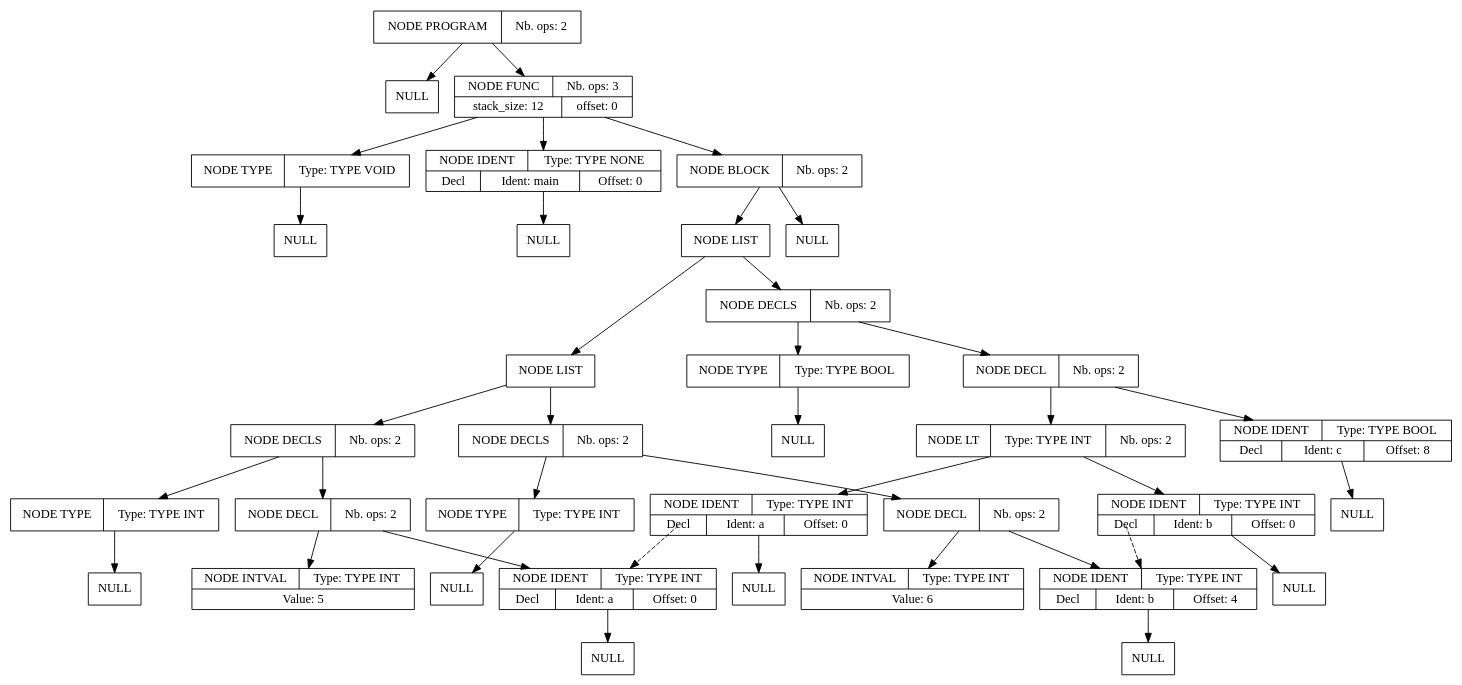
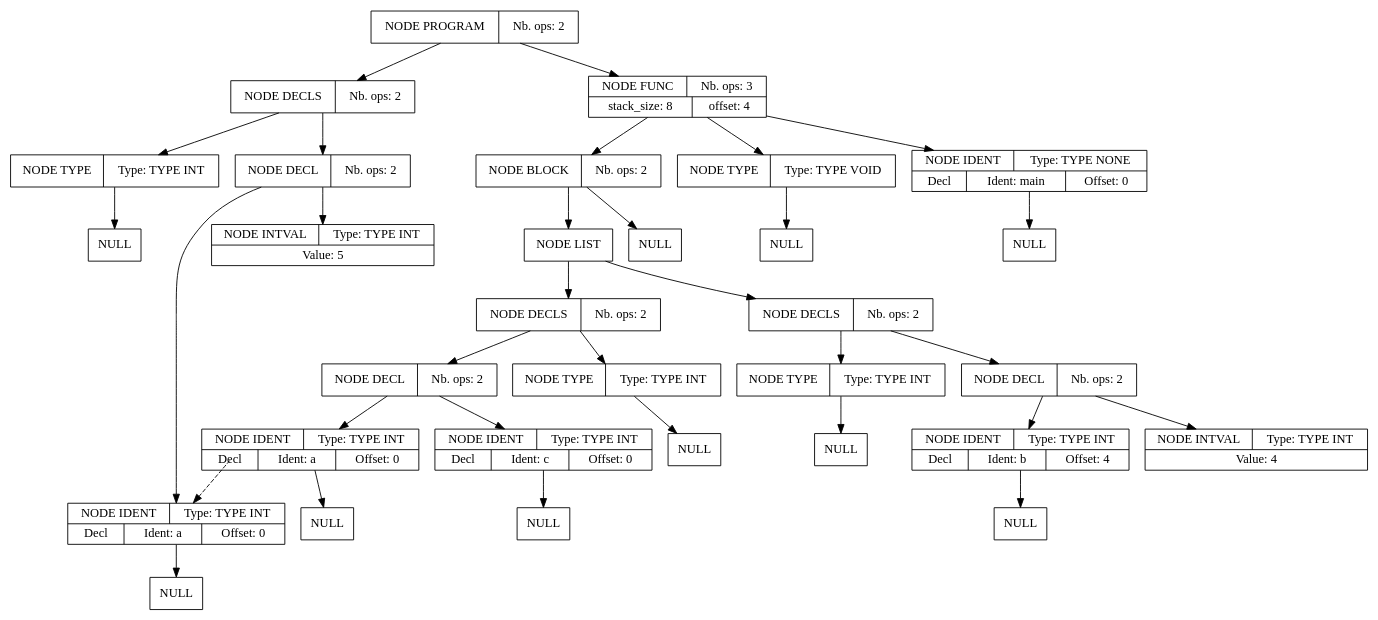
One commit to Harian-Elyoth/CompilateurMiniC changed the diagram in src/post_pass1.dot. Above: the diagram before and after it, drawn with Graphviz. The commit also changed 5 other files, not shown here.

```diff
--- a/src/post_pass1.dot
+++ b/src/post_pass1.dot
@@ -1,112 +1,95 @@
 digraph global_vars {
     N1 [shape=record, label="{{NODE PROGRAM|Nb. ops: 2}}"];
-    N2 [shape=record, label="{{NULL}}"];
-    edge[tailclip=true];
-    N1 -> N2
-    N3 [shape=record, label="{{NODE FUNC|Nb. ops: 3}|{stack_size: 12|offset: 0}}"];
-    N4 [shape=record, label="{{NODE TYPE|Type: TYPE VOID}}"];
-    N5 [shape=record, label="{{NULL}}"];
-    edge[tailclip=true];
-    N4 -> N5
+    N2 [shape=record, label="{{NODE DECLS|Nb. ops: 2}}"];
+    N3 [shape=record, label="{{NODE TYPE|Type: TYPE INT}}"];
+    N4 [shape=record, label="{{NULL}}"];
     edge[tailclip=true];
     N3 -> N4
-    N6 [shape=record, label="{{NODE IDENT|Type: TYPE NONE}|{<decl>Decl      |Ident: main|Offset: 0}}"];
+    edge[tailclip=true];
+    N2 -> N3
+    N5 [shape=record, label="{{NODE DECL|Nb. ops: 2}}"];
+    N6 [shape=record, label="{{NODE IDENT|Type: TYPE INT}|{<decl>Decl      |Ident: a|Offset: 0}}"];
     N7 [shape=record, label="{{NULL}}"];
     edge[tailclip=true];
     N6 -> N7
     edge[tailclip=true];
-    N3 -> N6
-    N8 [shape=record, label="{{NODE BLOCK|Nb. ops: 2}}"];
-    N9 [shape=record, label="{{NODE LIST}}"];
-    N10 [shape=record, label="{{NODE LIST}}"];
-    N11 [shape=record, label="{{NODE DECLS|Nb. ops: 2}}"];
-    N12 [shape=record, label="{{NODE TYPE|Type: TYPE INT}}"];
+    N5 -> N6
+    N8 [shape=record, label="{{NODE INTVAL|Type: TYPE INT}|{Value: 5}}"];
+    edge[tailclip=true];
+    N5 -> N8
+    edge[tailclip=true];
+    N2 -> N5
+    edge[tailclip=true];
+    N1 -> N2
+    N9 [shape=record, label="{{NODE FUNC|Nb. ops: 3}|{stack_size: 8|offset: 4}}"];
+    N10 [shape=record, label="{{NODE TYPE|Type: TYPE VOID}}"];
+    N11 [shape=record, label="{{NULL}}"];
+    edge[tailclip=true];
+    N10 -> N11
+    edge[tailclip=true];
+    N9 -> N10
+    N12 [shape=record, label="{{NODE IDENT|Type: TYPE NONE}|{<decl>Decl      |Ident: main|Offset: 0}}"];
     N13 [shape=record, label="{{NULL}}"];
     edge[tailclip=true];
     N12 -> N13
     edge[tailclip=true];
-    N11 -> N12
-    N14 [shape=record, label="{{NODE DECL|Nb. ops: 2}}"];
-    N15 [shape=record, label="{{NODE IDENT|Type: TYPE INT}|{<decl>Decl      |Ident: a|Offset: 0}}"];
-    N16 [shape=record, label="{{NULL}}"];
+    N9 -> N12
+    N14 [shape=record, label="{{NODE BLOCK|Nb. ops: 2}}"];
+    N15 [shape=record, label="{{NODE LIST}}"];
+    N16 [shape=record, label="{{NODE DECLS|Nb. ops: 2}}"];
+    N17 [shape=record, label="{{NODE TYPE|Type: TYPE INT}}"];
+    N18 [shape=record, label="{{NULL}}"];
     edge[tailclip=true];
-    N15 -> N16
+    N17 -> N18
     edge[tailclip=true];
-    N14 -> N15
-    N17 [shape=record, label="{{NODE INTVAL|Type: TYPE INT}|{Value: 5}}"];
+    N16 -> N17
+    N19 [shape=record, label="{{NODE DECL|Nb. ops: 2}}"];
+    N20 [shape=record, label="{{NODE IDENT|Type: TYPE INT}|{<decl>Decl      |Ident: c|Offset: 0}}"];
+    N21 [shape=record, label="{{NULL}}"];
     edge[tailclip=true];
-    N14 -> N17
-    edge[tailclip=true];
-    N11 -> N14
-    edge[tailclip=true];
-    N10 -> N11
-    N18 [shape=record, label="{{NODE DECLS|Nb. ops: 2}}"];
-    N19 [shape=record, label="{{NODE TYPE|Type: TYPE INT}}"];
-    N20 [shape=record, label="{{NULL}}"];
+    N20 -> N21
     edge[tailclip=true];
     N19 -> N20
-    edge[tailclip=true];
-    N18 -> N19
-    N21 [shape=record, label="{{NODE DECL|Nb. ops: 2}}"];
-    N22 [shape=record, label="{{NODE IDENT|Type: TYPE INT}|{<decl>Decl      |Ident: b|Offset: 4}}"];
+    N22 [shape=record, label="{{NODE IDENT|Type: TYPE INT}|{<decl>Decl      |Ident: a|Offset: 0}}"];
+    edge[tailclip=false];
+    "N22":decl:c -> "N6" [style=dashed]
     N23 [shape=record, label="{{NULL}}"];
     edge[tailclip=true];
     N22 -> N23
     edge[tailclip=true];
-    N21 -> N22
-    N24 [shape=record, label="{{NODE INTVAL|Type: TYPE INT}|{Value: 6}}"];
+    N19 -> N22
     edge[tailclip=true];
-    N21 -> N24
+    N16 -> N19
     edge[tailclip=true];
-    N18 -> N21
-    edge[tailclip=true];
-    N10 -> N18
-    edge[tailclip=true];
-    N9 -> N10
-    N25 [shape=record, label="{{NODE DECLS|Nb. ops: 2}}"];
-    N26 [shape=record, label="{{NODE TYPE|Type: TYPE BOOL}}"];
-    N27 [shape=record, label="{{NULL}}"];
-    edge[tailclip=true];
-    N26 -> N27
+    N15 -> N16
+    N24 [shape=record, label="{{NODE DECLS|Nb. ops: 2}}"];
+    N25 [shape=record, label="{{NODE TYPE|Type: TYPE INT}}"];
+    N26 [shape=record, label="{{NULL}}"];
     edge[tailclip=true];
     N25 -> N26
-    N28 [shape=record, label="{{NODE DECL|Nb. ops: 2}}"];
-    N29 [shape=record, label="{{NODE IDENT|Type: TYPE BOOL}|{<decl>Decl      |Ident: c|Offset: 8}}"];
-    N30 [shape=record, label="{{NULL}}"];
     edge[tailclip=true];
-    N29 -> N30
+    N24 -> N25
+    N27 [shape=record, label="{{NODE DECL|Nb. ops: 2}}"];
+    N28 [shape=record, label="{{NODE IDENT|Type: TYPE INT}|{<decl>Decl      |Ident: b|Offset: 4}}"];
+    N29 [shape=record, label="{{NULL}}"];
     edge[tailclip=true];
     N28 -> N29
-    N31 [shape=record, label="{{NODE LT|Type: TYPE INT|Nb. ops: 2}}"];
-    N32 [shape=record, label="{{NODE IDENT|Type: TYPE INT}|{<decl>Decl      |Ident: a|Offset: 0}}"];
-    edge[tailclip=false];
-    "N32":decl:c -> "N15" [style=dashed]
-    N33 [shape=record, label="{{NULL}}"];
     edge[tailclip=true];
-    N32 -> N33
+    N27 -> N28
+    N30 [shape=record, label="{{NODE INTVAL|Type: TYPE INT}|{Value: 4}}"];
     edge[tailclip=true];
-    N31 -> N32
-    N34 [shape=record, label="{{NODE IDENT|Type: TYPE INT}|{<decl>Decl      |Ident: b|Offset: 0}}"];
-    edge[tailclip=false];
-    "N34":decl:c -> "N22" [style=dashed]
-    N35 [shape=record, label="{{NULL}}"];
+    N27 -> N30
     edge[tailclip=true];
-    N34 -> N35
+    N24 -> N27
     edge[tailclip=true];
-    N31 -> N34
+    N15 -> N24
     edge[tailclip=true];
-    N28 -> N31
+    N14 -> N15
+    N31 [shape=record, label="{{NULL}}"];
     edge[tailclip=true];
-    N25 -> N28
+    N14 -> N31
     edge[tailclip=true];
-    N9 -> N25
+    N9 -> N14
     edge[tailclip=true];
-    N8 -> N9
-    N36 [shape=record, label="{{NULL}}"];
-    edge[tailclip=true];
-    N8 -> N36
-    edge[tailclip=true];
-    N3 -> N8
-    edge[tailclip=true];
-    N1 -> N3
+    N1 -> N9
 }
```
